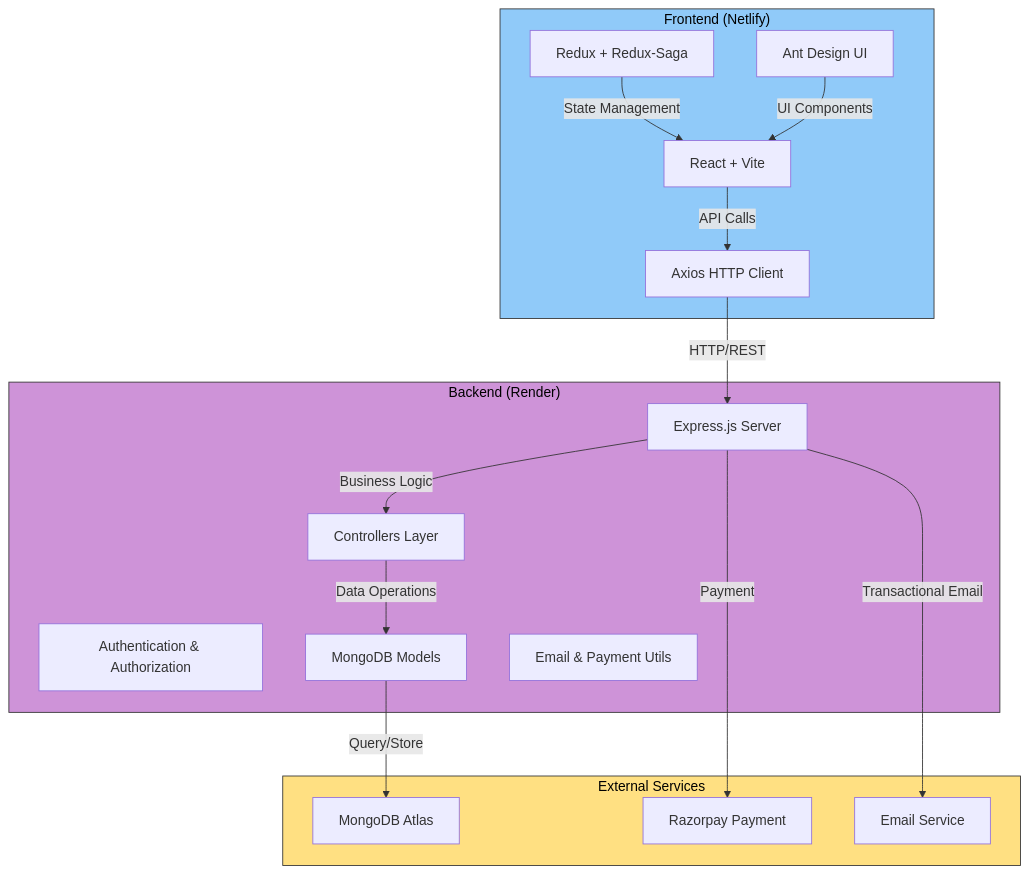
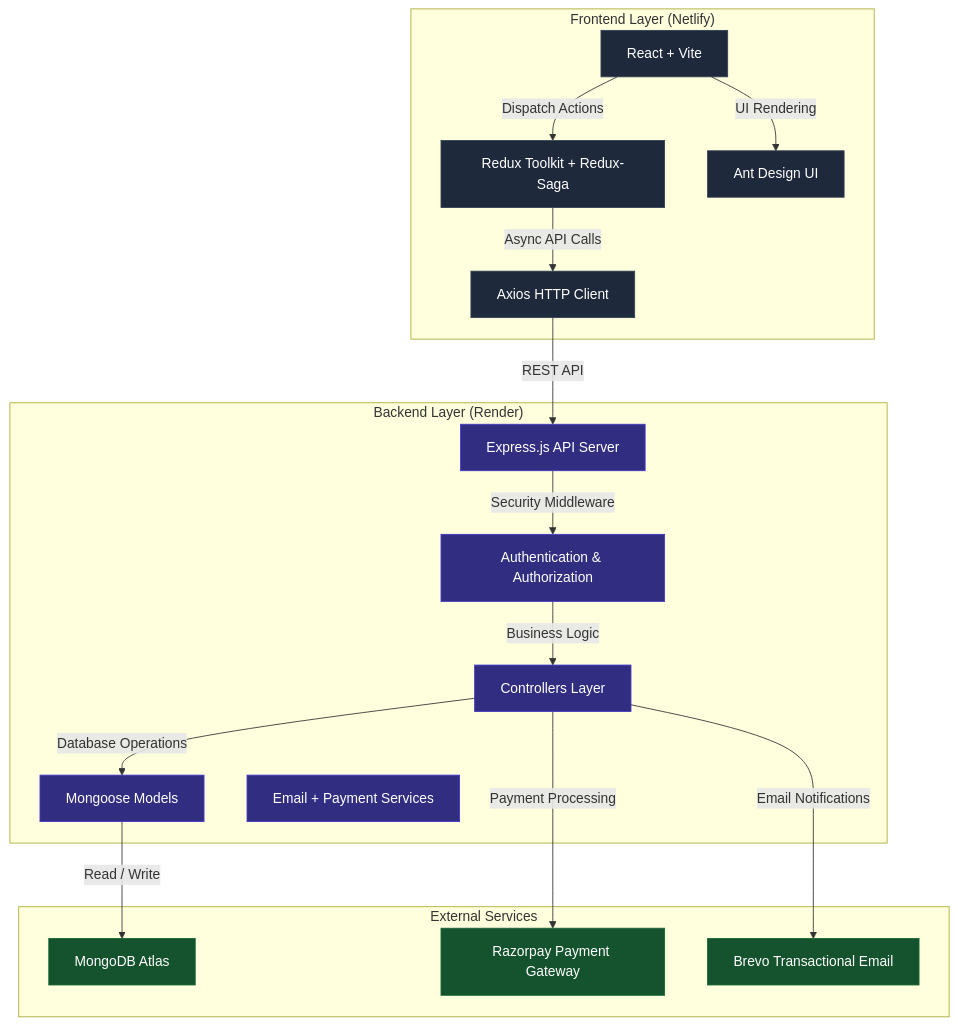
Before and after one commit to Shravan-509/BookMyShow: the first of 3 diagrams in README.md, drawn with Mermaid. The commit also changed other lines of this file, not shown here.

Commit message:
docs(readme): enhance documentation with architecture diagrams and project details

````diff
--- a/README.md
+++ b/README.md
@@ -39,45 +40,88 @@
 ```mermaid
 graph TB
-    %% Frontend (Netlify)
-    subgraph Frontend["Frontend (Netlify)"]
+
+    %% =========================
+    %% Frontend Layer
+    %% =========================
+
+    subgraph Frontend["Frontend Layer (Netlify)"]
+
         React["React + Vite"]
-        Redux["Redux + Redux-Saga"]
+        Redux["Redux Toolkit + Redux-Saga"]
         AntD["Ant Design UI"]
         Axios["Axios HTTP Client"]
+
     end
-    
-    %% Backend (Render)
-    subgraph Backend["Backend (Render)"]
-        Express["Express.js Server"]
+
+    %% =========================
+    %% Backend Layer
+    %% =========================
+
+    subgraph Backend["Backend Layer (Render)"]
+
+        Express["Express.js API Server"]
+
         Auth["Authentication & Authorization"]
+
         Controllers["Controllers Layer"]
-        Models["MongoDB Models"]
-        Utils["Email & Payment Utils"]
+
+        Models["Mongoose Models"]
+
+        Utils["Email + Payment Services"]
+
     end
-    
+
+    %% =========================
     %% External Services
+    %% =========================
+
     subgraph External["External Services"]
+
         MongoDB["MongoDB Atlas"]
-        Razorpay["Razorpay Payment"]
-        EmailService["Email Service"]
+
+        Razorpay["Razorpay Payment Gateway"]
+
+        EmailService["Brevo Transactional Email"]
+
     end
-    
-    %% Frontend connections
-    React -->|API Calls| Axios
-    Axios -->|HTTP/REST| Express
-    Redux -->|State Management| React
-    AntD -->|UI Components| React
-    
-    %% Backend connections
-    Express -->|Business Logic| Controllers
-    Controllers -->|Data Operations| Models
-    Models -->|Query/Store| MongoDB
-    
-    Express -->|Payment| Razorpay
-    Express -->|Transactional Email| EmailService
-    
-    %% Professional Darker Colors for Better Readability
-    style Frontend fill:#90caf9,stroke:#333,stroke-width:1px,color:#000
-    style Backend fill:#ce93d8,stroke:#333,stroke-width:1px,color:#000
-    style External fill:#ffe082,stroke:#333,stroke-width:1px,color:#000
+
+    %% =========================
+    %% Frontend Flow
+    %% =========================
+
+    React -->|UI Rendering| AntD
+
+    React -->|Dispatch Actions| Redux
+
+    Redux -->|Async API Calls| Axios
+
+    Axios -->|REST API| Express
+
+    %% =========================
+    %% Backend Flow
+    %% =========================
+
+    Express -->|Security Middleware| Auth
+
+    Auth -->|Business Logic| Controllers
+
+    Controllers -->|Database Operations| Models
+
+    Models -->|Read / Write| MongoDB
+
+    Controllers -->|Payment Processing| Razorpay
+
+    Controllers -->|Email Notifications| EmailService
+
+    %% =========================
+    %% Professional Styling
+    %% =========================
+
+    classDef frontend fill:#1e293b,color:#ffffff,stroke:#334155,stroke-width:1px;
+    classDef backend fill:#312e81,color:#ffffff,stroke:#4338ca,stroke-width:1px;
+    classDef external fill:#14532d,color:#ffffff,stroke:#166534,stroke-width:1px;
+
+    class React,Redux,AntD,Axios frontend;
+    class Express,Auth,Controllers,Models,Utils backend;
+    class MongoDB,Razorpay,EmailService external;
 ```
````
